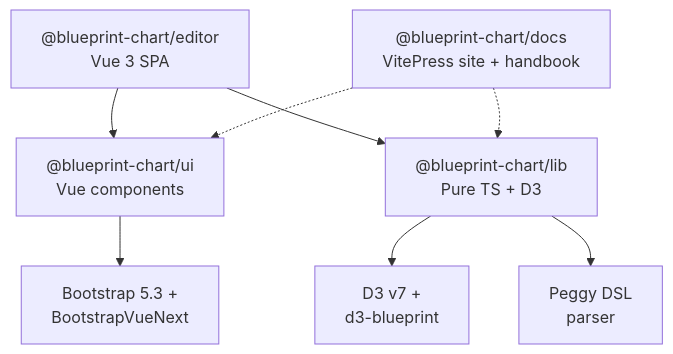
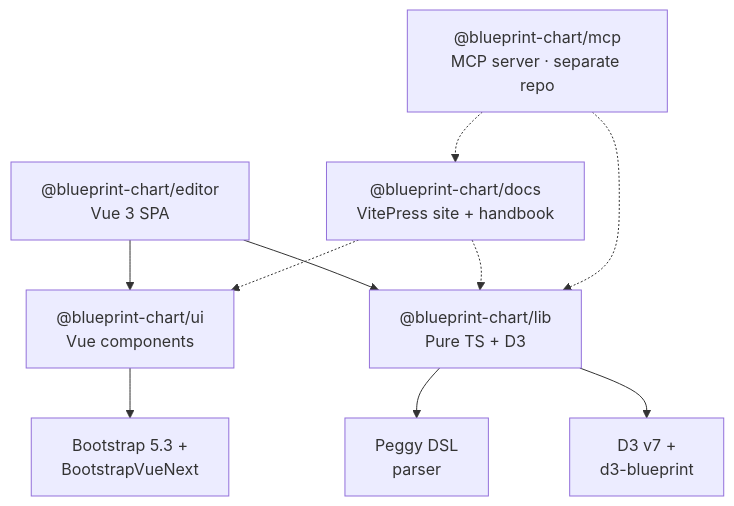
The diagram in README.md (blueprint-chart/blueprint-chart), drawn with Mermaid before and after one commit. The commit also changed other lines of this file, not shown here.

Commit message:
docs(readme): promote @blueprint-chart/mcp to a first-class package

````diff
--- a/README.md
+++ b/README.md
@@ -26,10 +26,12 @@
 ```mermaid
 graph TD
   editor["@blueprint-chart/editor<br/>Vue 3 SPA"] --> ui["@blueprint-chart/ui<br/>Vue components"]
   editor --> lib["@blueprint-chart/lib<br/>Pure TS + D3"]
   docs["@blueprint-chart/docs<br/>VitePress site + handbook"] -.-> lib
   docs -.-> ui
+  mcp["@blueprint-chart/mcp<br/>MCP server · separate repo"] -.-> lib
+  mcp -.-> docs
   ui --> bootstrap["Bootstrap 5.3 +<br/>BootstrapVueNext"]
   lib --> d3["D3 v7 +<br/>d3-blueprint"]
   lib --> peggy["Peggy DSL<br/>parser"]
 ```
````
